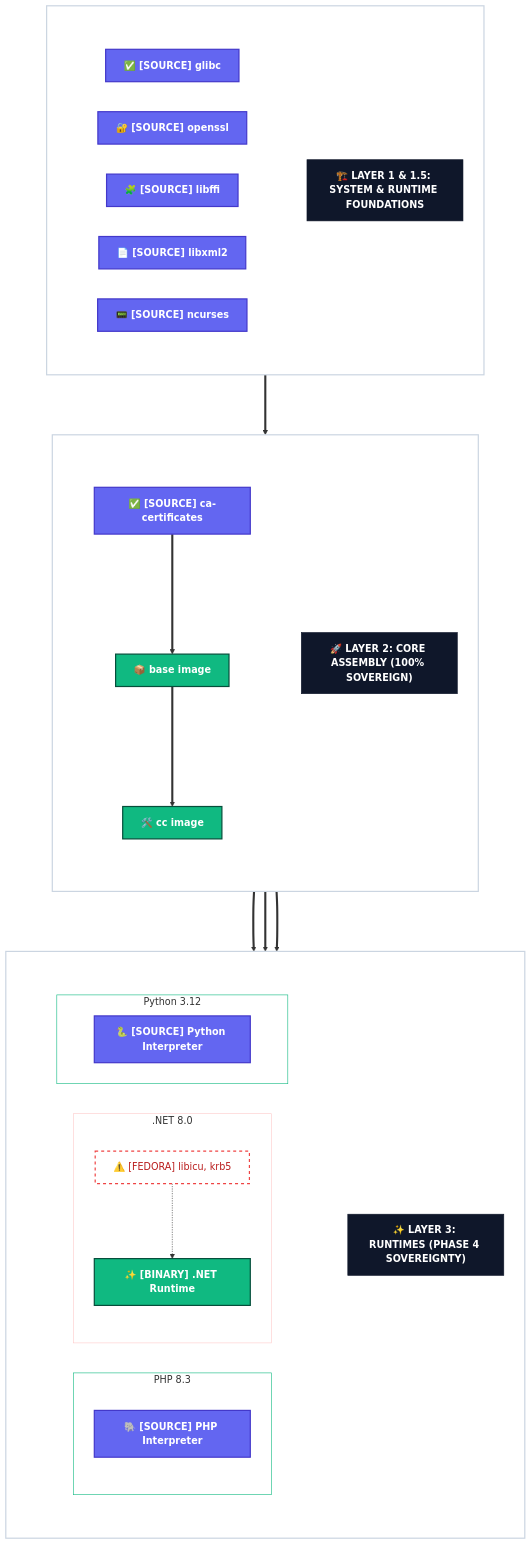
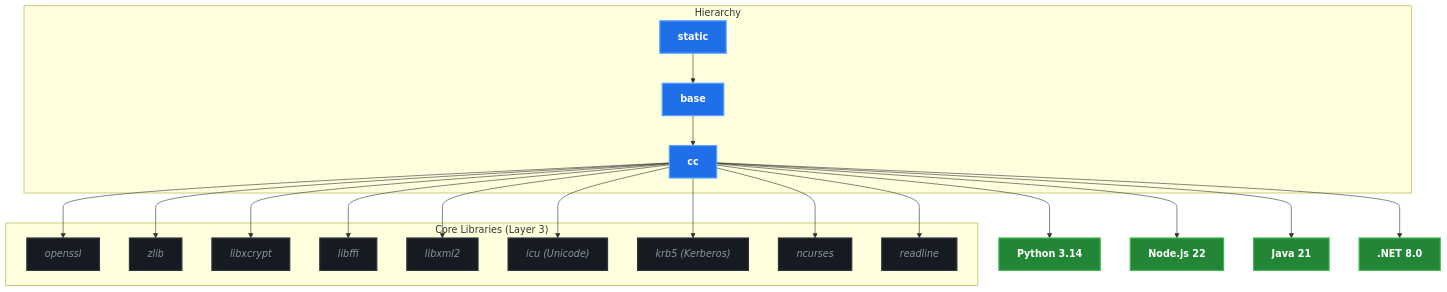
The diagram in docs/lib-hierarchy.md (mbuccarello/distroless-the-hard-way), drawn with Mermaid before and after one commit. The commit also changed other lines of this file and 64 other files, not shown here.

Commit message:
feat: unified distroless bake engine and 4-layer hierarchy migration

````diff
--- a/docs/lib-hierarchy.md
+++ b/docs/lib-hierarchy.md
@@ -9,82 +9,36 @@
 ```mermaid
-graph TB
-    classDef source fill:#6366f1,stroke:#4338ca,color:#fff,stroke-width:2px,font-weight:bold;
-    classDef fedora fill:#ffffff,stroke:#ef4444,color:#b91c1c,stroke-width:2px,stroke-dasharray: 5 5;
-    classDef image fill:#10b981,stroke:#064e3b,color:#fff,stroke-width:2px,font-weight:bold;
-    classDef header fill:#0f172a,stroke:#0f172a,color:#fff,font-weight:bold,font-size:16px;
+graph TD
+    %% Strict Dark Theme Styling
+    classDef default fill:#0d1117,stroke:#30363d,color:#c9d1d9,stroke-width:2px;
+    classDef core fill:#1f6feb,stroke:#58a6ff,color:#ffffff,font-weight:bold;
+    classDef runtime fill:#238636,stroke:#3fb950,color:#ffffff,font-weight:bold;
+    classDef lib fill:#161b22,stroke:#30363d,color:#8b949e,font-style:italic;
 
-    %% Foundations
-    subgraph L1_Cont [" "]
-        direction TB
-        h1["🏗️ LAYER 1 & 1.5: SYSTEM & RUNTIME FOUNDATIONS"]:::header
-        
-        subgraph L1_Content ["&nbsp;"]
-            direction LR
-            glibc["✅ [SOURCE] glibc"]
-            openssl["🔐 [SOURCE] openssl"]
-            libffi["🧩 [SOURCE] libffi"]
-            xml2["📄 [SOURCE] libxml2"]
-            nc["📟 [SOURCE] ncurses"]
-        end
+    subgraph Hierarchy
+        S[static] --> B[base]
+        B --> C[cc]
     end
-    style L1_Cont fill:#ffffff,stroke:#cbd5e1,stroke-width:2px;
-    style L1_Content fill:#ffffff,stroke:none;
 
-    %% Assembly
-    subgraph L2_Cont [" "]
-        direction TB
-        h2["🚀 LAYER 2: CORE ASSEMBLY (100% SOVEREIGN)"]:::header
-        
-        subgraph L2_Content ["&nbsp;"]
-            direction TB
-            cacert["✅ [SOURCE] ca-certificates"]
-            base["📦 base image"]
-            cc_img["🛠️ cc image"]
-            
-            cacert ===> base
-            base ===> cc_img
-        end
+    subgraph "Core Libraries (Layer 3)"
+        openssl["openssl"]
+        zlib["zlib"]
+        libxcrypt["libxcrypt"]
+        libffi["libffi"]
+        libxml2["libxml2"]
+        icu["icu (Unicode)"]
+        krb5["krb5 (Kerberos)"]
+        ncurses["ncurses"]
+        readline["readline"]
     end
-    style L2_Cont fill:#ffffff,stroke:#cbd5e1,stroke-width:2px;
-    style L2_Content fill:#ffffff,stroke:none;
 
-    %% Runtimes
-    subgraph L3_Cont [" "]
-        direction TB
-        h3["✨ LAYER 3: RUNTIMES (PHASE 4 SOVEREIGNTY)"]:::header
-        
-        subgraph L3_Content ["&nbsp;"]
-            direction LR
-            
-            subgraph PHP ["PHP 8.3"]
-                php_bin["🐘 [SOURCE] PHP Interpreter"]
-            end
+    C --> openssl & zlib & libxcrypt & libffi & libxml2 & icu & krb5 & ncurses & readline
 
-            subgraph Dotnet [".NET 8.0"]
-                dotnet_libs["⚠️ [FEDORA] libicu, krb5"]
-                dotnet_bin["✨ [BINARY] .NET Runtime"]
-                dotnet_libs -.-> dotnet_bin
-            end
+    C --> R_PY[Python 3.14]
+    C --> R_JS[Node.js 22]
+    C --> R_JV[Java 21]
+    C --> R_NET[.NET 8.0]
 
-            subgraph Python ["Python 3.12"]
-                py_bin["🐍 [SOURCE] Python Interpreter"]
-            end
-        end
-    end
-    style L3_Cont fill:#ffffff,stroke:#cbd5e1,stroke-width:2px;
-    style L3_Content fill:#ffffff,stroke:none;
-    style PHP fill:#ffffff,stroke:#10b981;
-    style Dotnet fill:#ffffff,stroke:#fecaca;
-    style Python fill:#ffffff,stroke:#10b981;
-
-    %% Global Connections
-    L1_Cont ===> base
-    cc_img ===> PHP
-    cc_img ===> Dotnet
-    cc_img ===> Python
-
-    %% Applying Classes
-    class glibc,openssl,libffi,xml2,nc,cacert,php_bin,py_bin source;
-    class dotnet_libs fedora;
-    class base,cc_img,dotnet_bin image;
+    class S,B,C core;
+    class R_PY,R_JS,R_JV,R_NET runtime;
+    class openssl,zlib,libxcrypt,libffi,libxml2,icu,krb5,ncurses,readline lib;
 ```
````
